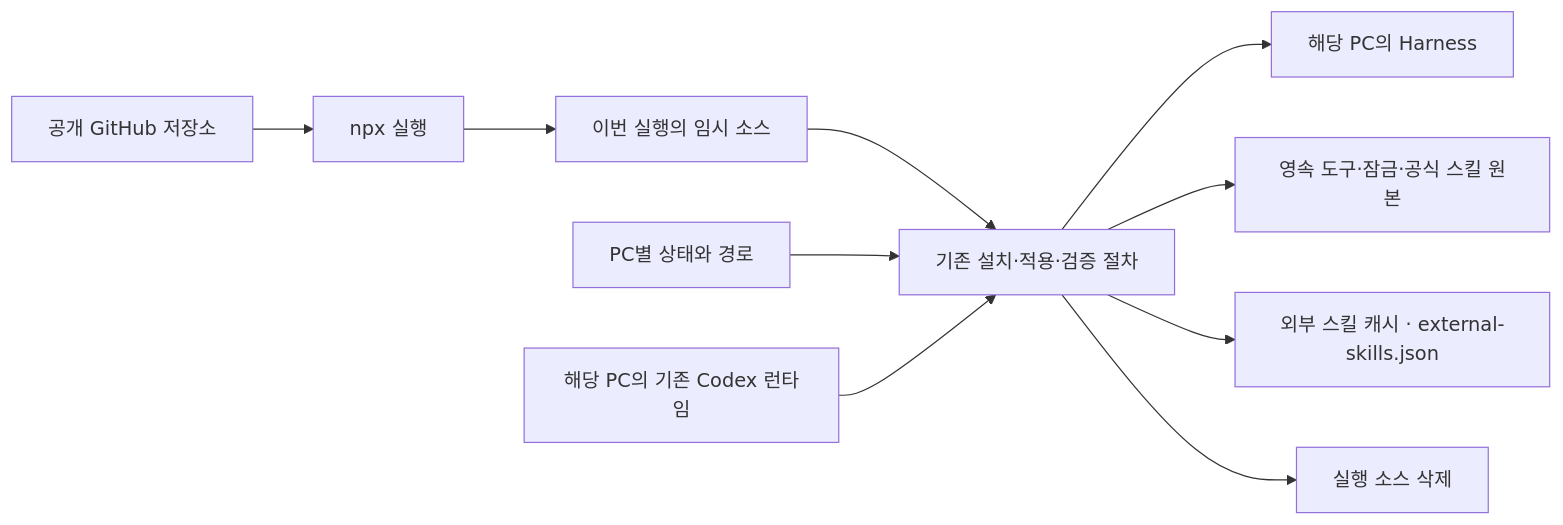
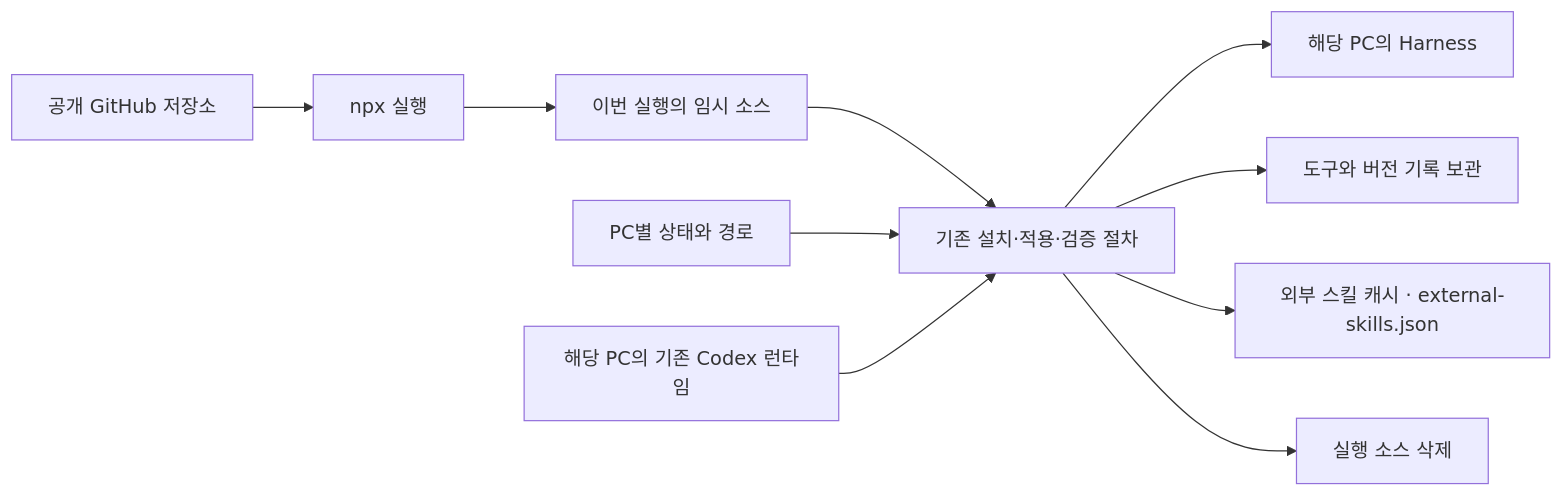
The diagram in docs/remote-install.md (tttaliesin/personal-harness), drawn with Mermaid before and after one commit. The commit also changed other lines of this file and 36 other files, not shown here.

````diff
--- a/docs/remote-install.md
+++ b/docs/remote-install.md
@@ -122,12 +122,12 @@
 ```mermaid
 flowchart LR
     G[공개 GitHub 저장소] --> N[npx 실행]
     N --> S[이번 실행의 임시 소스]
     S --> I[기존 설치·적용·검증 절차]
     L[PC별 상태와 경로] --> I
     R[해당 PC의 기존 Codex 런타임] --> I
     I --> C[해당 PC의 Harness]
-    I --> P[영속 도구·잠금·공식 스킬 원본]
+    I --> P[도구와 버전 기록 보관]
     I --> E["외부 스킬 캐시 · external-skills.json"]
     I --> D[실행 소스 삭제]
 ```
````
